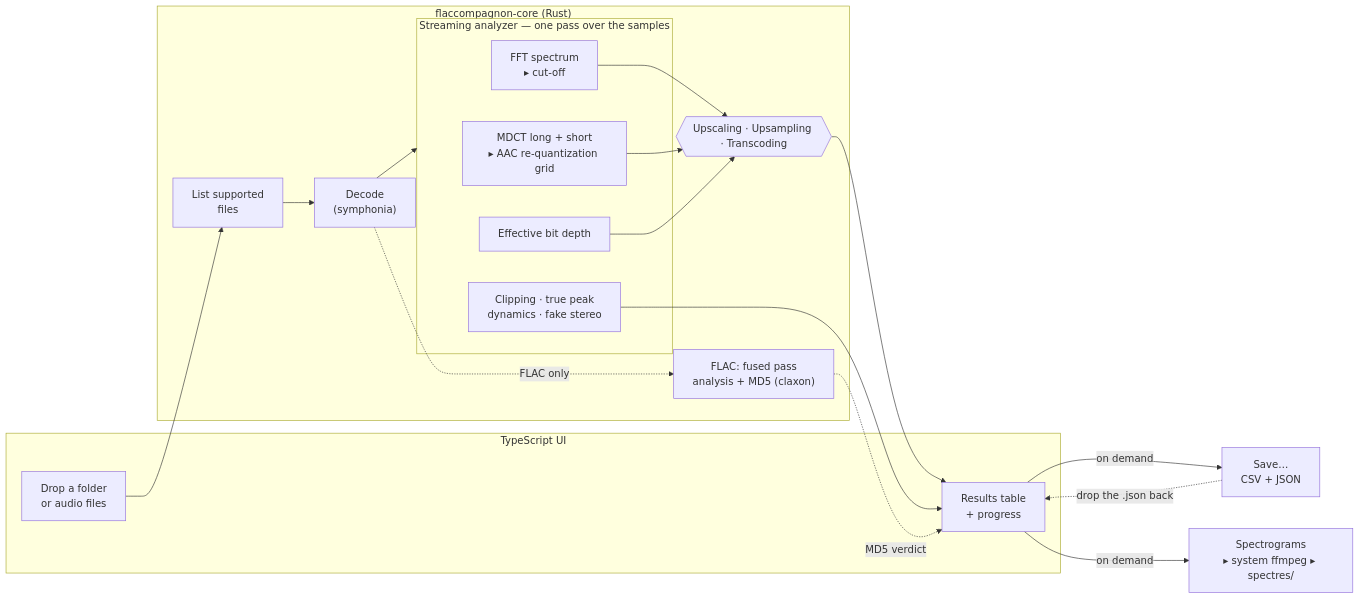
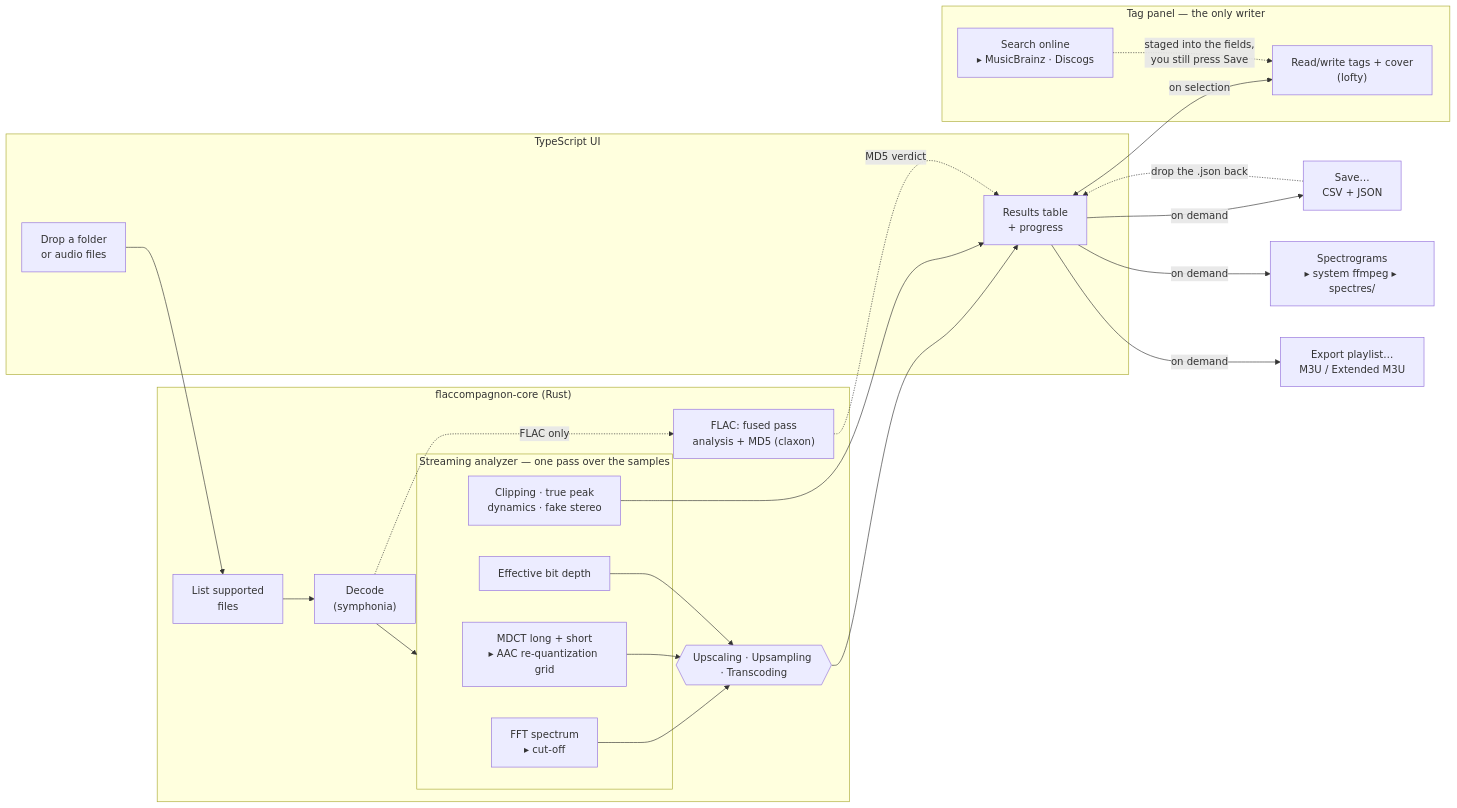
The diagram in README.md (craft-and-code/FlacCompagnon), drawn with Mermaid before and after one commit. The commit also changed other lines of this file and 100 other files, not shown here.

````diff
--- a/README.md
+++ b/README.md
@@ -76,35 +114,44 @@
 ```mermaid
 flowchart LR
     subgraph UI["TypeScript UI"]
         drop["Drop a folder<br/>or audio files"]
         table["Results table<br/>+ progress"]
     end
 
     subgraph core["flaccompagnon-core (Rust)"]
         list["List supported<br/>files"]
         decode["Decode<br/>(symphonia)"]
         fused["FLAC: fused pass<br/>analysis + MD5 (claxon)"]
 
         subgraph analyzer["Streaming analyzer — one pass over the samples"]
             fft["FFT spectrum<br/>▸ cut-off"]
             mdct["MDCT long + short<br/>▸ AAC re-quantization grid"]
             bits["Effective bit depth"]
             levels["Clipping · true peak<br/>dynamics · fake stereo"]
         end
 
         verdict{{"Upscaling · Upsampling · Transcoding"}}
     end
 
     save["Save…<br/>CSV + JSON"]
     spectro["Spectrograms<br/>▸ system ffmpeg ▸ spectres/"]
+    m3u["Export playlist…<br/>M3U / Extended M3U"]
+
+    subgraph tagging["Tag panel — the only writer"]
+        tags["Read/write tags + cover<br/>(lofty)"]
+        online["Search online<br/>▸ MusicBrainz · Discogs"]
+    end
 
     drop --> list --> decode --> analyzer
     decode -.->|FLAC only| fused
     fft & mdct & bits --> verdict
     verdict --> table
     levels --> table
     fused -.->|MD5 verdict| table
     table -->|on demand| save
     table -->|on demand| spectro
+    table -->|on demand| m3u
     save -.->|drop the .json back| table
+    table <-->|on selection| tags
+    online -.->|staged into the fields,<br/>you still press Save| tags
 ```
````
